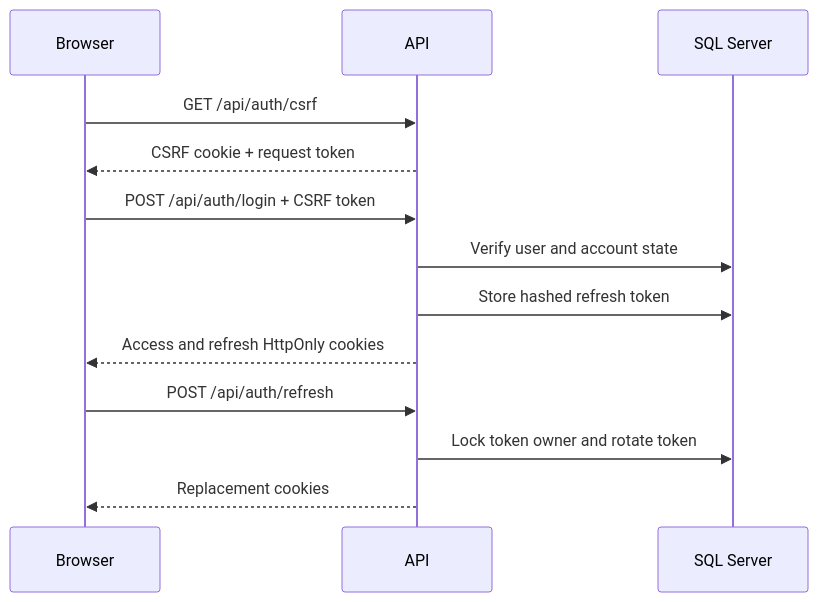
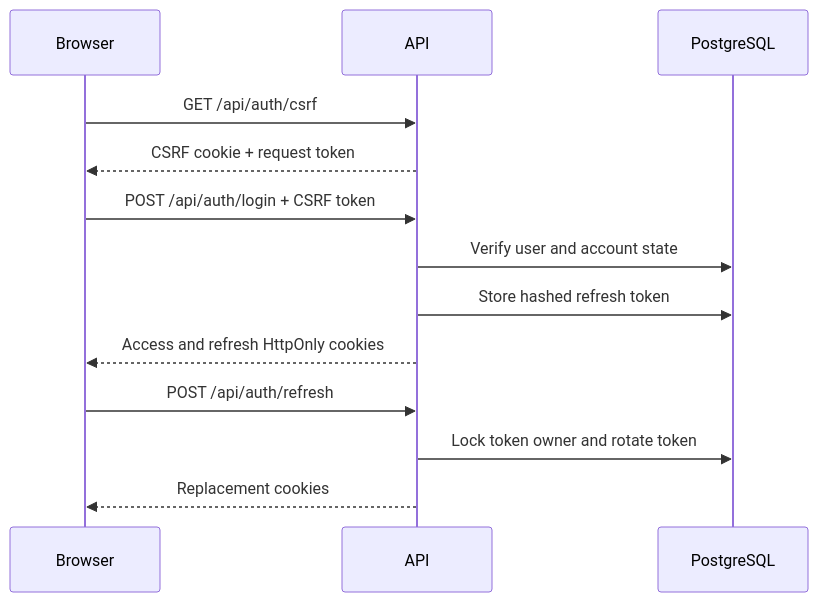
One commit to adheebabdulla007/pursuit changed the third of 4 diagrams in docs/architecture.md. Above: the diagram before and after it, drawn with Mermaid. The commit also changed other lines of this file and 32 other files, not shown here.

Commit message:
fix: secure PostgreSQL migration deployment

````diff
--- a/docs/architecture.md
+++ b/docs/architecture.md
@@ -54,16 +54,16 @@
 ```mermaid
 sequenceDiagram
     participant B as Browser
     participant A as API
-    participant D as SQL Server
+    participant D as PostgreSQL
 
     B->>A: GET /api/auth/csrf
     A-->>B: CSRF cookie + request token
     B->>A: POST /api/auth/login + CSRF token
     A->>D: Verify user and account state
     A->>D: Store hashed refresh token
     A-->>B: Access and refresh HttpOnly cookies
     B->>A: POST /api/auth/refresh
     A->>D: Lock token owner and rotate token
     A-->>B: Replacement cookies
 ```
````
